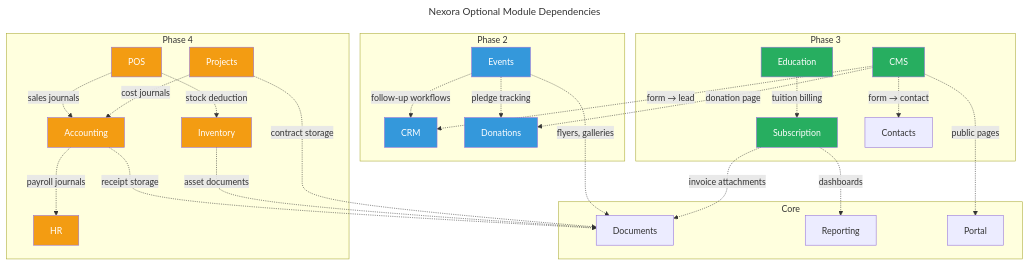
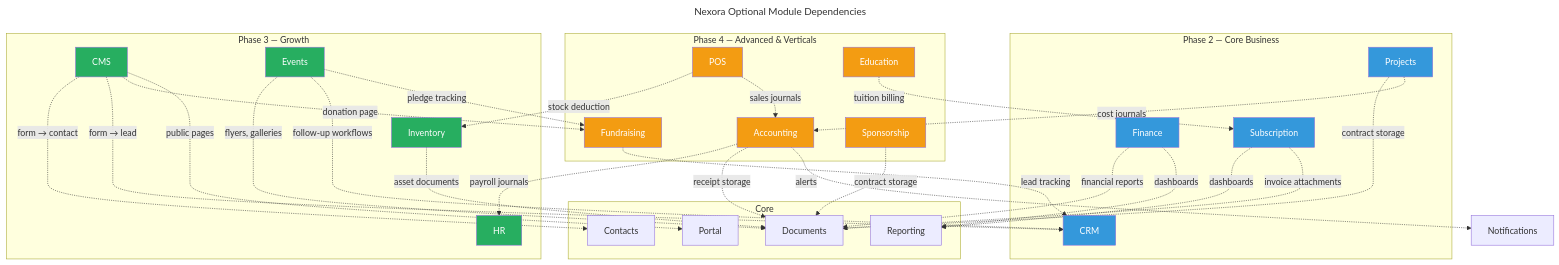
The second of 3 diagrams in docs/diagrams/module-dependencies.md (cemililik/Nexora), drawn with Mermaid before and after one commit. The commit also changed other lines of this file and 13 other files, not shown here.

````diff
--- a/docs/diagrams/module-dependencies.md
+++ b/docs/diagrams/module-dependencies.md
@@ -130,70 +127,76 @@
 ```mermaid
 ---
 title: Nexora Optional Module Dependencies
 ---
 flowchart TB
     subgraph Core["Core"]
         Documents["Documents"]
         Reporting["Reporting"]
         Portal["Portal"]
-    end
-
-    subgraph Phase2["Phase 2"]
-        CRM["CRM"]
-        Donations["Donations"]
-        Events["Events"]
-    end
-
-    subgraph Phase3["Phase 3"]
-        Education["Education"]
-        Subscription["Subscription"]
-        CMS["CMS"]
         Contacts2["Contacts"]
     end
 
-    subgraph Phase4["Phase 4"]
-        Accounting["Accounting"]
-        HR["HR"]
-        POS["POS"]
-        Inventory["Inventory"]
+    subgraph Phase2["Phase 2 — Core Business"]
+        CRM["CRM"]
+        Finance["Finance"]
+        Subscription["Subscription"]
         Projects["Projects"]
     end
 
-    %% Optional dependencies (dashed)
-    Events -.->|"flyers, galleries"| Documents
-    Events -.->|"follow-up workflows"| CRM
-    Events -.->|"pledge tracking"| Donations
+    subgraph Phase3["Phase 3 — Growth"]
+        CMS["CMS"]
+        Events["Events"]
+        HR["HR"]
+        Inventory["Inventory"]
+    end
 
-    Education -.->|"tuition billing"| Subscription
+    subgraph Phase4["Phase 4 — Advanced & Verticals"]
+        Accounting["Accounting"]
+        POS["POS"]
+        Fundraising["Fundraising"]
+        Sponsorship["Sponsorship"]
+        Education["Education"]
+    end
 
+    %% Phase 2 optional dependencies
     Subscription -.->|"dashboards"| Reporting
     Subscription -.->|"invoice attachments"| Documents
-
-    CMS -.->|"form → contact"| Contacts2
-    CMS -.->|"form → lead"| CRM
-    CMS -.->|"donation page"| Donations
-    CMS -.->|"public pages"| Portal
-
-    Accounting -.->|"payroll journals"| HR
-    Accounting -.->|"receipt storage"| Documents
-
-    POS -.->|"stock deduction"| Inventory
-    POS -.->|"sales journals"| Accounting
-
-    Inventory -.->|"asset documents"| Documents
-
+    Finance -.->|"financial reports"| Documents
+    Finance -.->|"dashboards"| Reporting
     Projects -.->|"contract storage"| Documents
     Projects -.->|"cost journals"| Accounting
 
-    style Events fill:#3498db,color:#fff
+    %% Phase 3 optional dependencies
+    Events -.->|"flyers, galleries"| Documents
+    Events -.->|"follow-up workflows"| CRM
+    Events -.->|"pledge tracking"| Fundraising
+    CMS -.->|"form → contact"| Contacts2
+    CMS -.->|"form → lead"| CRM
+    CMS -.->|"donation page"| Fundraising
+    CMS -.->|"public pages"| Portal
+    Inventory -.->|"asset documents"| Documents
+
+    %% Phase 4 optional dependencies
+    Accounting -.->|"payroll journals"| HR
+    Accounting -.->|"receipt storage"| Documents
+    Accounting -.->|"alerts"| Notifications
+    POS -.->|"stock deduction"| Inventory
+    POS -.->|"sales journals"| Accounting
+    Fundraising -.->|"lead tracking"| CRM
+    Sponsorship -.->|"contract storage"| Documents
+    Education -.->|"tuition billing"| Subscription
+
     style CRM fill:#3498db,color:#fff
-    style Donations fill:#3498db,color:#fff
-    style Education fill:#27ae60,color:#fff
-    style Subscription fill:#27ae60,color:#fff
+    style Finance fill:#3498db,color:#fff
+    style Subscription fill:#3498db,color:#fff
+    style Projects fill:#3498db,color:#fff
     style CMS fill:#27ae60,color:#fff
+    style Events fill:#27ae60,color:#fff
+    style HR fill:#27ae60,color:#fff
+    style Inventory fill:#27ae60,color:#fff
     style Accounting fill:#f39c12,color:#fff
-    style HR fill:#f39c12,color:#fff
     style POS fill:#f39c12,color:#fff
-    style Inventory fill:#f39c12,color:#fff
-    style Projects fill:#f39c12,color:#fff
+    style Fundraising fill:#f39c12,color:#fff
+    style Sponsorship fill:#f39c12,color:#fff
+    style Education fill:#f39c12,color:#fff
 ```
````
